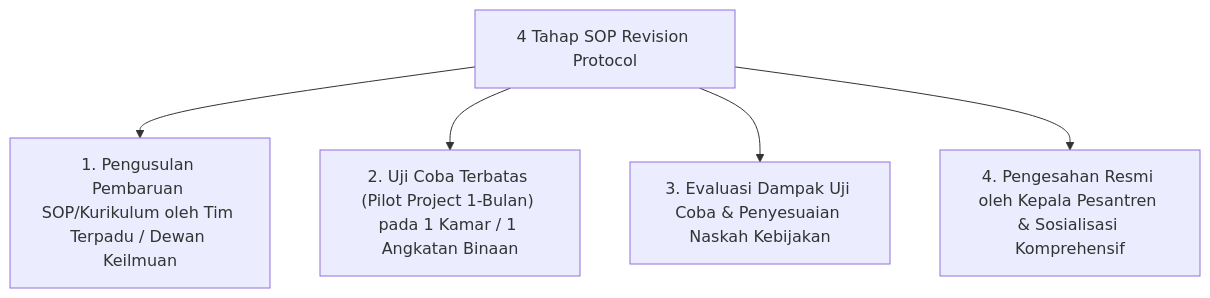
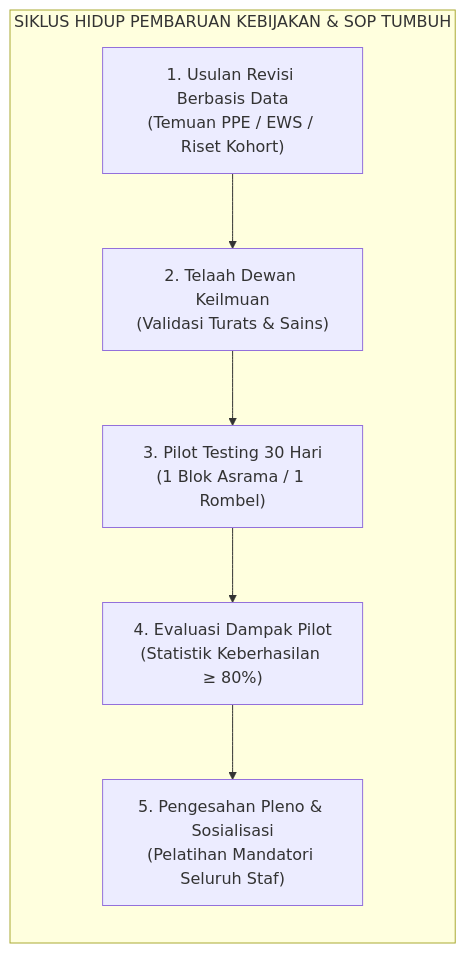
The first of 2 diagrams in 07 Implementation Framework/11 Continuous Improvement/P7-11-03-Protokol-Pembaruan-SOP-dan-Kurikulum-Adab.md (wandiapriliyandi/tumbuh), drawn with Mermaid before and after one commit. The commit also changed other lines of this file and 3 other files, not shown here.

````diff
--- a/07 Implementation Framework/11 Continuous Improvement/P7-11-03-Protokol-Pembaruan-SOP-dan-Kurikulum-Adab.md
+++ b/07 Implementation Framework/11 Continuous Improvement/P7-11-03-Protokol-Pembaruan-SOP-dan-Kurikulum-Adab.md
@@ -14,8 +28,9 @@
 ```mermaid
-graph TD
-    SOPRevisionSteps["4 Tahap SOP Revision Protocol"]
-    SOPRevisionSteps --> Proposal["1. Pengusulan Pembaruan SOP/Kurikulum oleh Tim Terpadu / Dewan Keilmuan"]
-    SOPRevisionSteps --> PilotTesting["2. Uji Coba Terbatas (Pilot Project 1-Bulan) pada 1 Kamar / 1 Angkatan Binaan"]
-    SOPRevisionSteps --> EvaluationResult["3. Evaluasi Dampak Uji Coba & Penyesuaian Naskah Kebijakan"]
-    SOPRevisionSteps --> InstitutionalAdoption["4. Pengesahan Resmi oleh Kepala Pesantren & Sosialisasi Komprehensif"]
+flowchart LR
+    subgraph PolicyLifecycle["SIKLUS HIDUP PEMBARUAN KEBIJAKAN & SOP TUMBUH"]
+        Proposal["1. Usulan Revisi Berbasis Data<br/>(Temuan PPE / EWS / Riset Kohort)"] --> Review["2. Telaah Dewan Keilmuan<br/>(Validasi Turats & Sains)"]
+        Review --> Pilot["3. Pilot Testing 30 Hari<br/>(1 Blok Asrama / 1 Rombel)"]
+        Pilot --> Eval["4. Evaluasi Dampak Pilot<br/>(Statistik Keberhasilan ≥ 80%)"]
+        Eval --> Adopt["5. Pengesahan Pleno & Sosialisasi<br/>(Pelatihan Mandatori Seluruh Staf)"]
+    end
 ```
````
